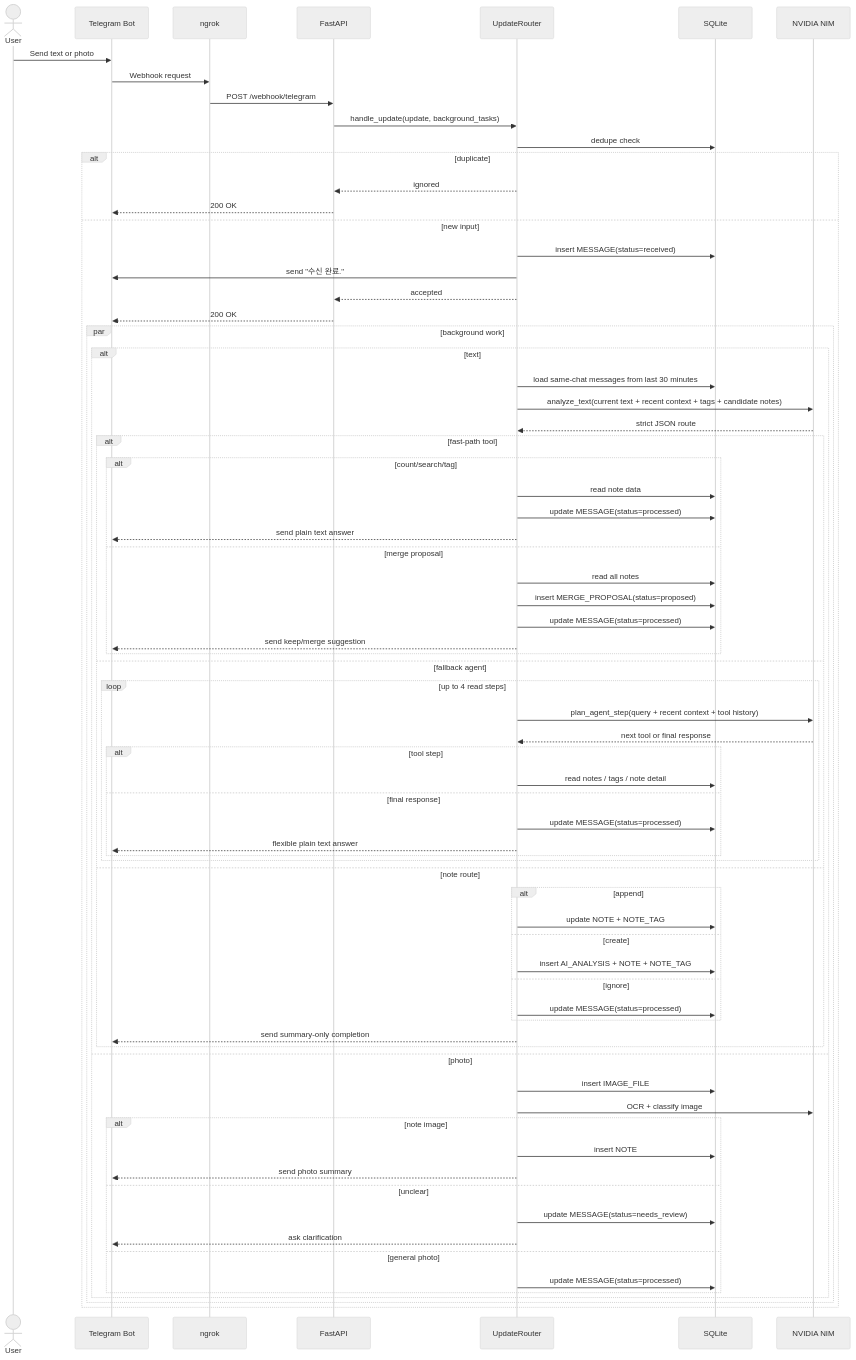
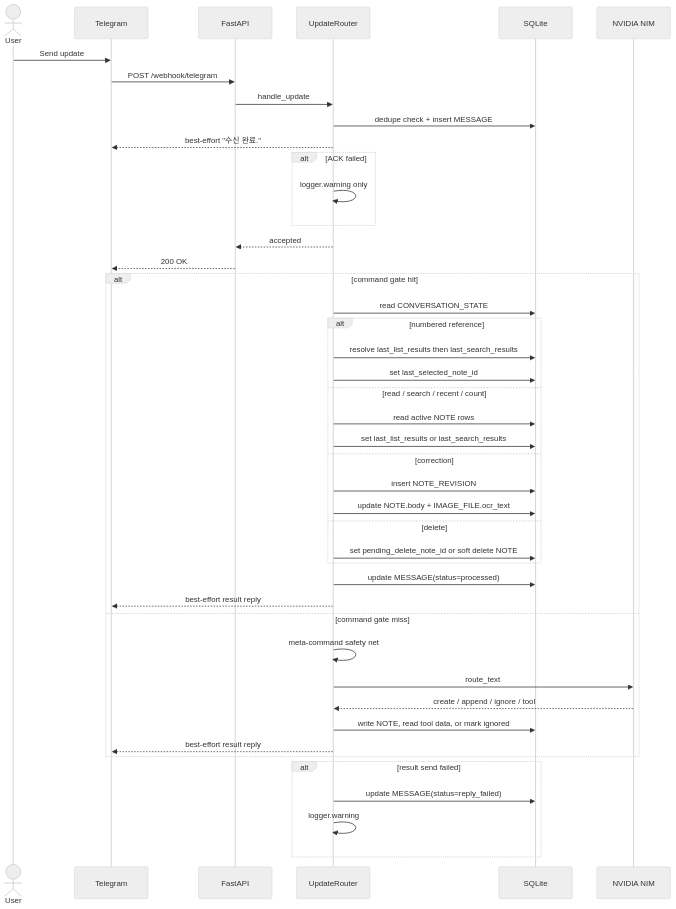
Before and after one commit to Transient-Onlooker/tg-note-agent: the second of 4 diagrams in docs/ARCHITECTURE.md, drawn with Mermaid (neutral theme). The commit also changed other lines of this file and 18 other files, not shown here.

Commit message:
Stabilize command routing and webhook replies

````diff
--- a/docs/ARCHITECTURE.md
+++ b/docs/ARCHITECTURE.md
@@ -39,79 +47,49 @@
 ```mermaid
 sequenceDiagram
     actor U as User
-    participant T as Telegram Bot
-    participant N as ngrok
+    participant T as Telegram
     participant A as FastAPI
     participant R as UpdateRouter
     participant D as SQLite
     participant M as NVIDIA NIM
 
-    U->>T: Send text or photo
-    T->>N: Webhook request
-    N->>A: POST /webhook/telegram
-    A->>R: handle_update(update, background_tasks)
-    R->>D: dedupe check
+    U->>T: Send update
+    T->>A: POST /webhook/telegram
+    A->>R: handle_update
+    R->>D: dedupe check + insert MESSAGE
+    R-->>T: best-effort "수신 완료."
+    alt ACK failed
+        R->>R: logger.warning only
+    end
+    R-->>A: accepted
+    A-->>T: 200 OK
 
-    alt duplicate
-        R-->>A: ignored
-        A-->>T: 200 OK
-    else new input
-        R->>D: insert MESSAGE(status=received)
-        R->>T: send "수신 완료."
-        R-->>A: accepted
-        A-->>T: 200 OK
+    alt command gate hit
+        R->>D: read CONVERSATION_STATE
+        alt numbered reference
+            R->>D: resolve last_list_results then last_search_results
+            R->>D: set last_selected_note_id
+        else read / search / recent / count
+            R->>D: read active NOTE rows
+            R->>D: set last_list_results or last_search_results
+        else correction
+            R->>D: insert NOTE_REVISION
+            R->>D: update NOTE.body + IMAGE_FILE.ocr_text
+        else delete
+            R->>D: set pending_delete_note_id or soft delete NOTE
+        end
+        R->>D: update MESSAGE(status=processed)
+        R-->>T: best-effort result reply
+    else command gate miss
+        R->>R: meta-command safety net
+        R->>M: route_text
+        M-->>R: create / append / ignore / tool
+        R->>D: write NOTE, read tool data, or mark ignored
+        R-->>T: best-effort result reply
+    end
 
-        par background work
-            alt text
-                R->>D: load same-chat messages from last 30 minutes
-                R->>M: analyze_text(current text + recent context + tags + candidate notes)
-                M-->>R: strict JSON route
-
-                alt fast-path tool
-                    alt count/search/tag
-                        R->>D: read note data
-                        R->>D: update MESSAGE(status=processed)
-                        R-->>T: send plain text answer
-                    else merge proposal
-                        R->>D: read all notes
-                        R->>D: insert MERGE_PROPOSAL(status=proposed)
-                        R->>D: update MESSAGE(status=processed)
-                        R-->>T: send keep/merge suggestion
-                    end
-                else fallback agent
-                    loop up to 4 read steps
-                        R->>M: plan_agent_step(query + recent context + tool history)
-                        M-->>R: next tool or final response
-                        alt tool step
-                            R->>D: read notes / tags / note detail
-                        else final response
-                            R->>D: update MESSAGE(status=processed)
-                            R-->>T: flexible plain text answer
-                        end
-                    end
-                else note route
-                    alt append
-                        R->>D: update NOTE + NOTE_TAG
-                    else create
-                        R->>D: insert AI_ANALYSIS + NOTE + NOTE_TAG
-                    else ignore
-                        R->>D: update MESSAGE(status=processed)
-                    end
-                    R-->>T: send summary-only completion
-                end
-            else photo
-                R->>D: insert IMAGE_FILE
-                R->>M: OCR + classify image
-                alt note image
-                    R->>D: insert NOTE
-                    R-->>T: send photo summary
-                else unclear
-                    R->>D: update MESSAGE(status=needs_review)
-                    R-->>T: ask clarification
-                else general photo
-                    R->>D: update MESSAGE(status=processed)
-                end
-            end
-        end
+    alt result send failed
+        R->>D: update MESSAGE(status=reply_failed)
+        R->>R: logger.warning
     end
 ```
````
